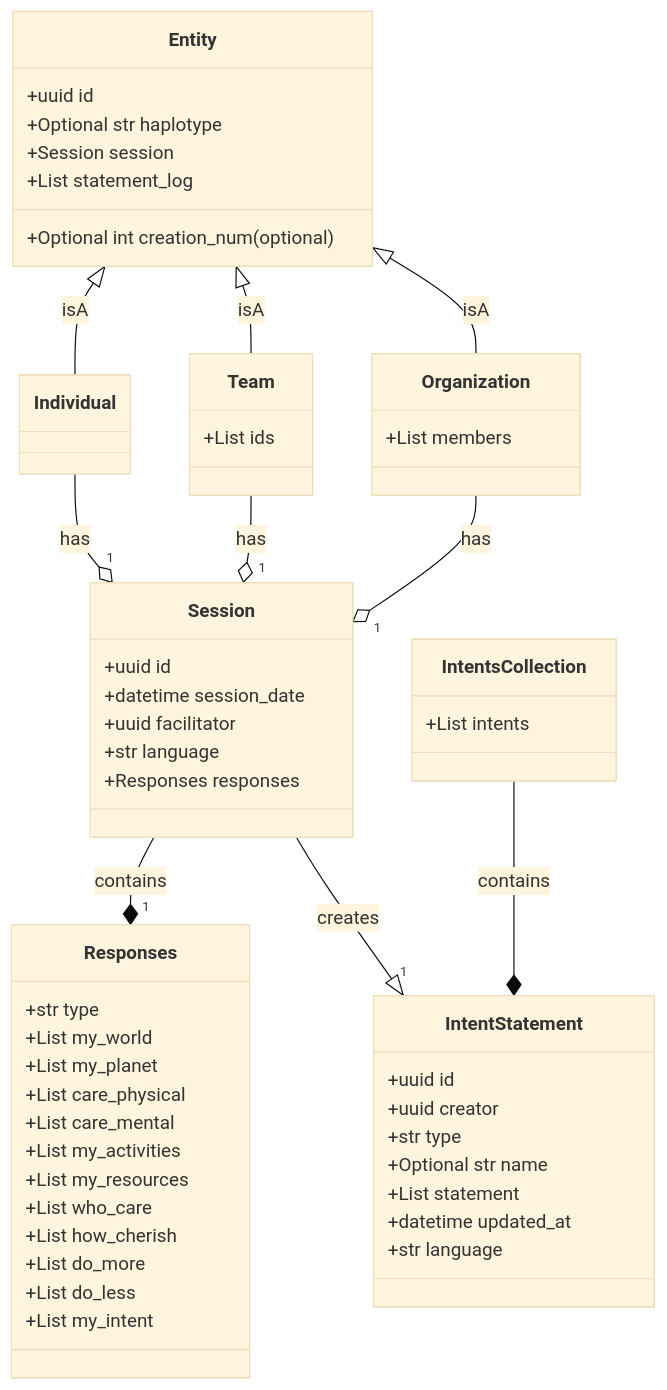
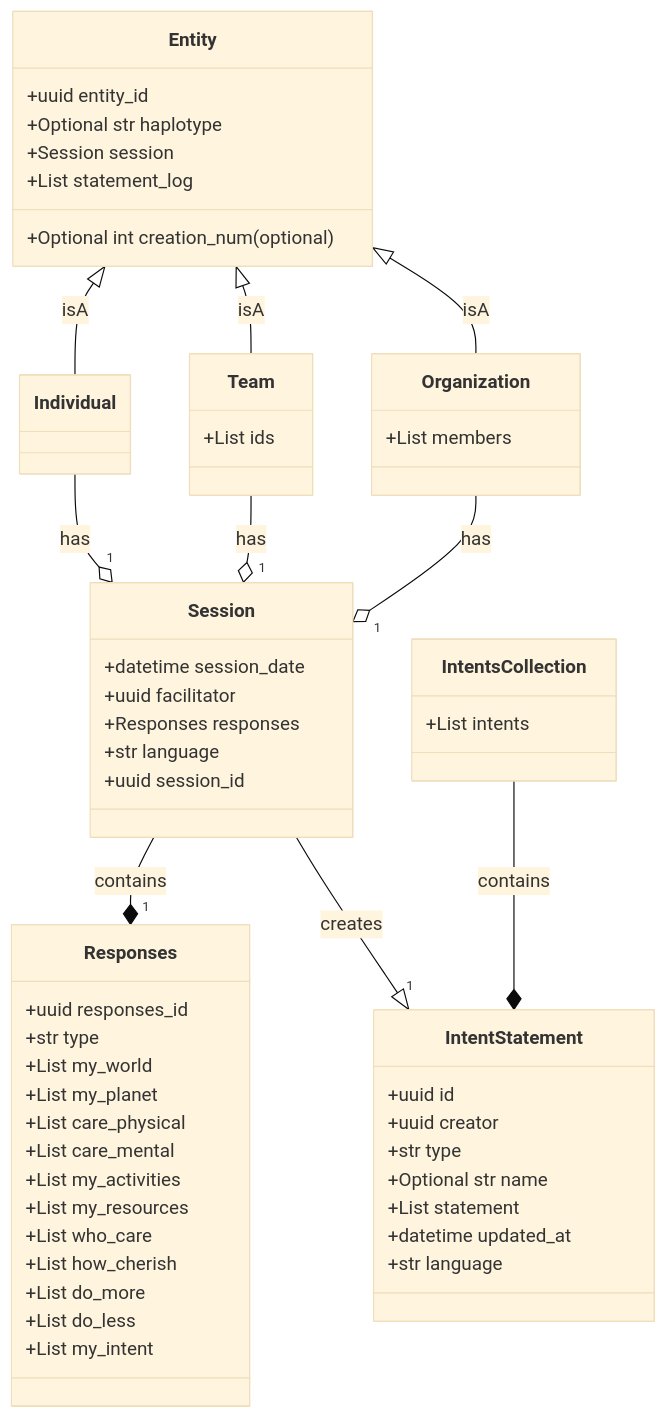
The diagram in docs/data_models_diagram.md (drew-wks/intent-for-the-planet), drawn with Mermaid (base theme) before and after one commit. The commit also changed 3 other files, not shown here.

````diff
--- a/docs/data_models_diagram.md
+++ b/docs/data_models_diagram.md
@@ -5,61 +5,62 @@
 ```mermaid
 classDiagram
     class Entity {
-        +uuid id
+        +uuid entity_id
         +Optional int creation_num (optional)
         +Optional str haplotype
         +Session session
         +List statement_log
     }
     class Individual {
     }
     class Team {
         +List ids
     }
     class Organization {
         +List members
     }
     class Session {
-        +uuid id
         +datetime session_date
         +uuid facilitator
+        +Responses responses
         +str language
-        +Responses responses
+        +uuid session_id
     }
     class Responses {
+        +uuid responses_id
         +str type
         +List my_world
         +List my_planet
         +List care_physical
         +List care_mental
         +List my_activities
         +List my_resources
         +List who_care
         +List how_cherish
         +List do_more
         +List do_less
         +List my_intent
     }
     class IntentStatement {
         +uuid id
         +uuid creator
         +str type
         +Optional str name
         +List statement
         +datetime updated_at
         +str language
     }
     class IntentsCollection {
         +List intents
     }
     IntentsCollection --* IntentStatement : contains
     Session --* "1" Responses : contains
     Entity <|-- Individual : isA
     Entity <|-- Team : isA
     Entity <|-- Organization : isA
     Session--|> "1" IntentStatement : creates
     Individual --o "1" Session : has
     Team --o "1" Session : has
     Organization --o "1" Session : has
 
 ```
````
